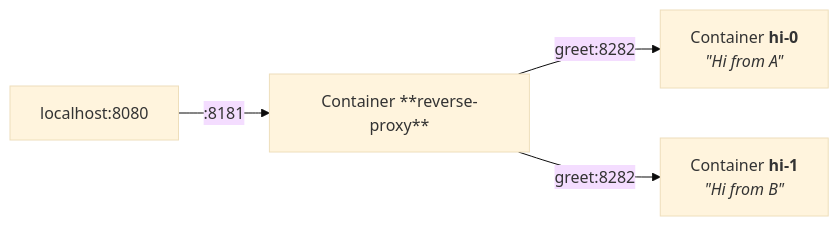
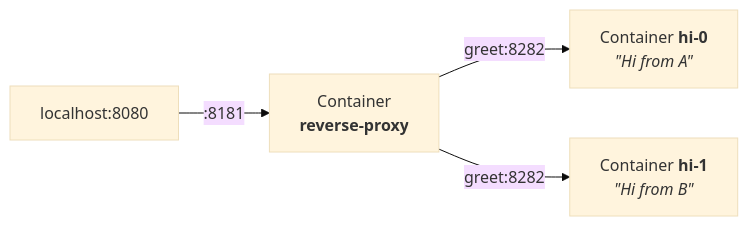
One commit to evolutics/zero-downtime-deployments-with-podman-docker-or-docker-compose changed the diagram in README.md. Above: the diagram before and after it, drawn with Mermaid (base theme).

Commit message:
Improve arrangement

````diff
--- a/README.md
+++ b/README.md
@@ -15,8 +15,9 @@
 ```mermaid
 flowchart LR
-    localhost:8080 -->|:8181| proxy[Container **reverse-proxy**]
+    localhost:8080 -->|:8181| proxy["`Container
+    **reverse-proxy**`"]
     proxy -->|greet:8282| hi0["`Container **hi-0**
     _#quot;Hi from A#quot;_`"]
     proxy -->|greet:8282| hi1["`Container **hi-1**
     _#quot;Hi from B#quot;_`"]
 ```
````
